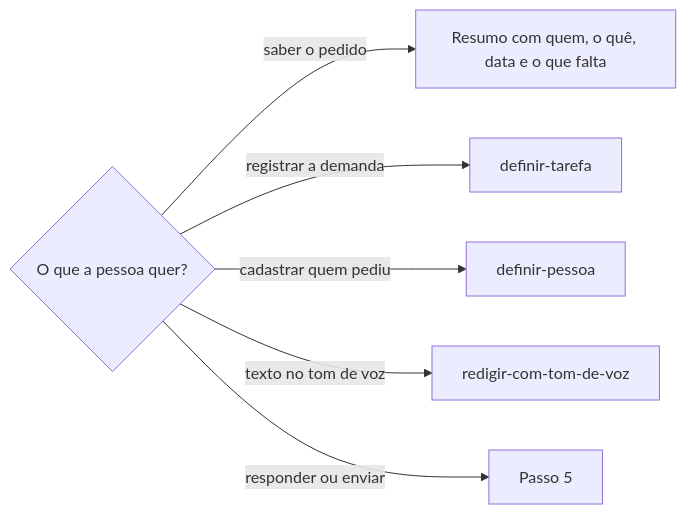
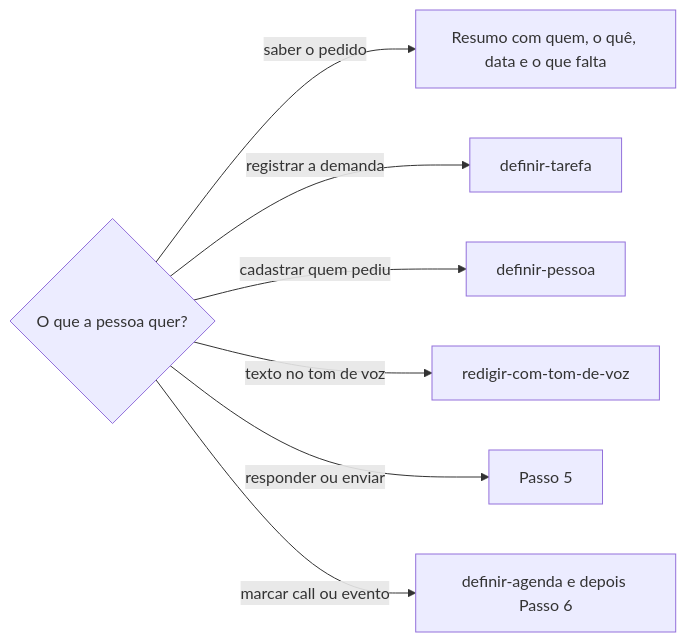
One commit to jimmyandrade/harness changed the diagram in .agents/skills/conversar-no-whatsapp/SKILL.md. Above: the diagram before and after it, drawn with Mermaid. The commit also changed other lines of this file and 1 other file, not shown here.

First line of the commit message:
feat(conversar-no-whatsapp): add a checklist to send a call or event through the chat

````diff
--- a/.agents/skills/conversar-no-whatsapp/SKILL.md
+++ b/.agents/skills/conversar-no-whatsapp/SKILL.md
@@ -51,8 +52,9 @@
 ```mermaid
 flowchart LR
   Q{O que a pessoa quer?} -->|saber o pedido| R[Resumo com quem, o quê, data e o que falta]
   Q -->|registrar a demanda| T[definir-tarefa]
   Q -->|cadastrar quem pediu| P[definir-pessoa]
   Q -->|texto no tom de voz| V[redigir-com-tom-de-voz]
   Q -->|responder ou enviar| E[Passo 5]
+  Q -->|marcar call ou evento| A[definir-agenda e depois Passo 6]
 ```
````
